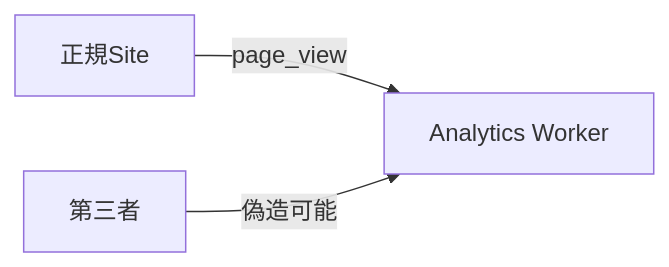
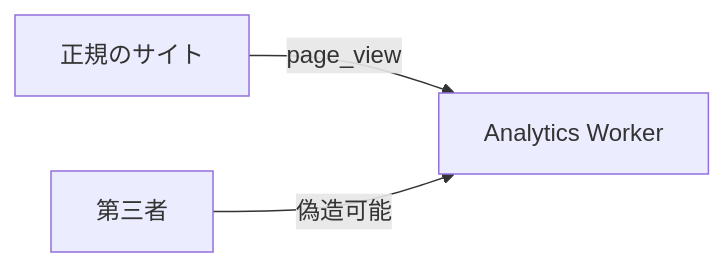
Before and after one commit to Rerurate514/riebeckite: the third of 5 diagrams in docs/docs/guides/analytics.ja.md, drawn with Mermaid. The commit also changed other lines of this file and 310 other files, not shown here.

````diff
--- a/docs/docs/guides/analytics.ja.md
+++ b/docs/docs/guides/analytics.ja.md
@@ -580,9 +382,9 @@
 ```mermaid id="1d65qg"
 flowchart LR
-    Site["正規Site"]
+    Site["正規のサイト"]
     Fake["第三者"]
     Worker["Analytics Worker"]
 
     Site -->|"page_view"| Worker
     Fake -->|"偽造可能"| Worker
 ```
````
